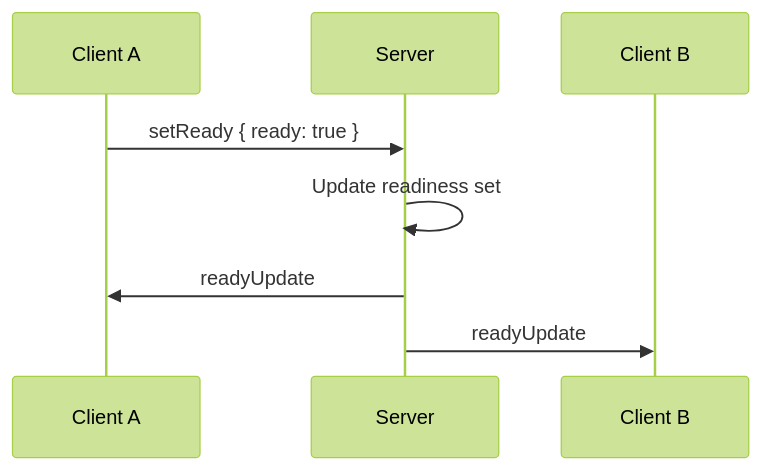
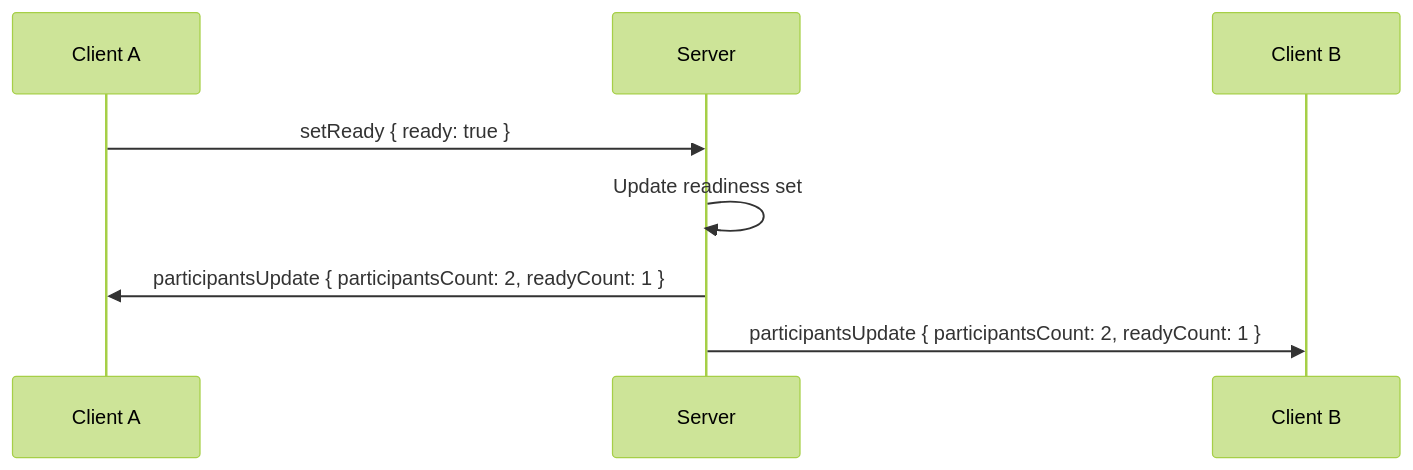
One commit to yoannchaudet/delta-board changed the second of 4 diagrams in docs/PROTOCOL.md. Above: the diagram before and after it, drawn with Mermaid (forest theme). The commit also changed other lines of this file, not shown here.

````diff
--- a/docs/PROTOCOL.md
+++ b/docs/PROTOCOL.md
@@ -73,11 +79,11 @@
 ```mermaid
 sequenceDiagram
     participant A as Client A
     participant S as Server
     participant B as Client B
 
     A->>S: setReady { ready: true }
     S->>S: Update readiness set
-    S->>A: readyUpdate
-    S->>B: readyUpdate
+    S->>A: participantsUpdate { participantsCount: 2, readyCount: 1 }
+    S->>B: participantsUpdate { participantsCount: 2, readyCount: 1 }
 ```
````
